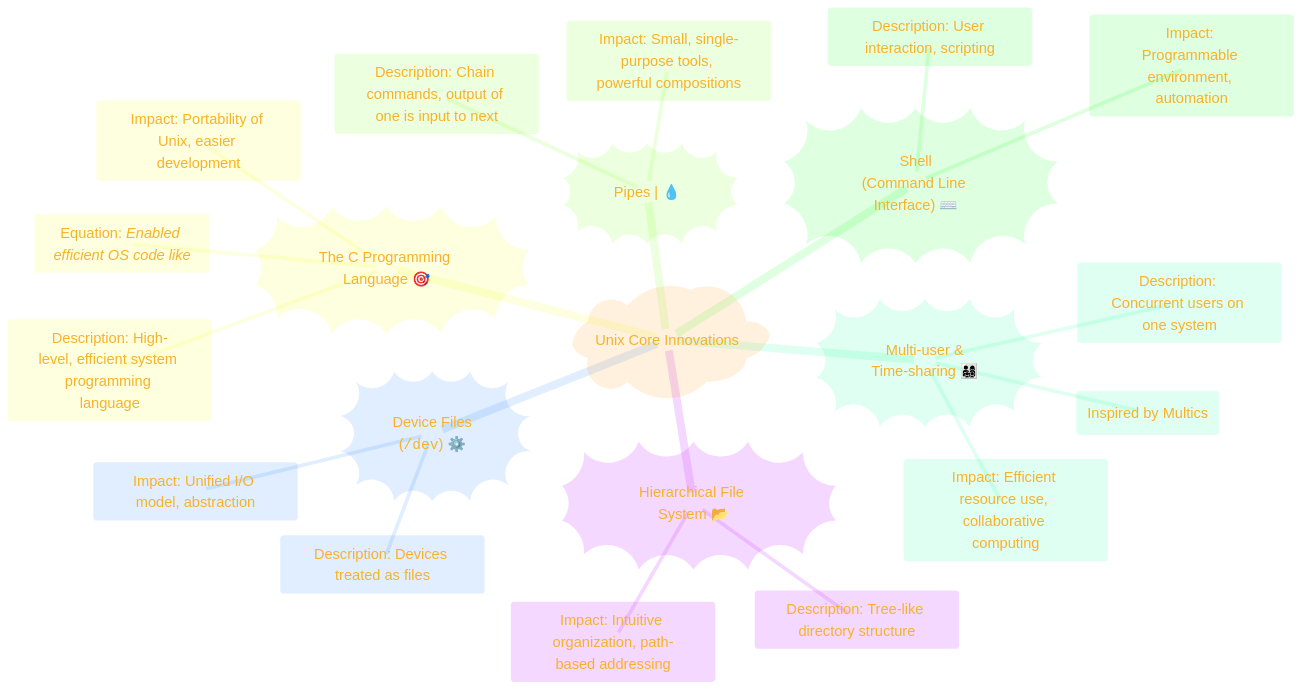
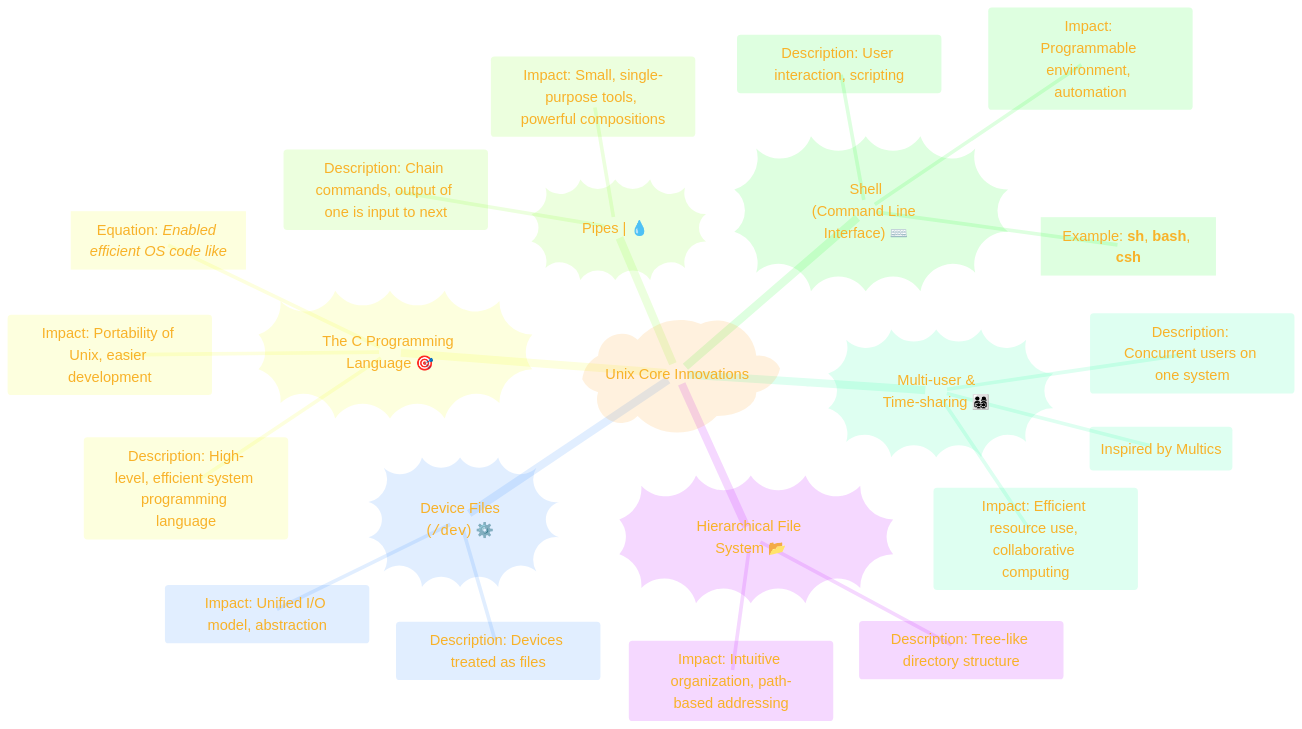
One commit to CongLeSolutionX/Digital-Bedrock-Landscape changed the third of 7 diagrams in THE_PAST/PART-4_Consolidated_info.md. Above: the diagram before and after it, drawn with Mermaid.

````diff
--- a/THE_PAST/PART-4_Consolidated_info.md
+++ b/THE_PAST/PART-4_Consolidated_info.md
@@ -205,63 +205,63 @@
 ```mermaid
 ---
 title: "Core Unix Innovations & Their Significance"
 author: "Cong Le"
 version: "1.0"
 license(s): "MIT, CC BY 4.0"
 copyright: "Copyright (c) 2025 Cong Le. All Rights Reserved."
 config:
   theme: base
 ---
 %%%%%%%% Mermaid version v11.4.1-b.14
 %%{
   init: {
     'fontFamily': 'American Typewriter',
     'mindmap': {
 	    'nodeAlign': 'center',
 	    'padding': 20
     },
     'themeVariables': {
       'primaryColor': '#FC82',
       'primaryTextColor': '#F8B229',
       'primaryBorderColor': '#27AE60',
       'secondaryColor': '#EBF3',
       'secondaryTextColor': '#6C3483',
       'secondaryBorderColor': '#A569BD',
       'fontSize': '20px'
     }
   }
 }%%
 mindmap
   root)"Unix Core Innovations"(
     Hierarchical_File_System))"Hierarchical File System 📂"((
       ::icon(fa fa-folder-tree)
       Description: Tree-like directory structure
       Impact: Intuitive organization, path-based addressing
       %% Example["Example: **/usr/bin/grep**"]
     Device_Files))"Device Files<br/>(<code>/dev</code>) ⚙️"((
       ::icon(fa fa-cog)
       Description: Devices treated as files
       Impact: Unified I/O model, abstraction
-      %% Example["Example: **cat /dev/random > /dev/null**"]
+      %% Example["Example: `cat /dev/random > /dev/null` "]
     The_C_Programming_Language))"The C Programming Language 🎯"((
       ::icon(fa fa-bullseye)
       Description: High-level, efficient system programming language
       Impact: Portability of Unix, easier development
       Equation["Equation: *Enabled efficient OS code like*"]
       %% Example["**while ((c = getchar()) != EOF)**"]
     Pipes))"Pipes <char>|</char> 💧"((
       ::icon(fa fa-water)
       Description: Chain commands, output of one is input to next
       Impact: Small, single-purpose tools, powerful compositions
       %% Example["Example:<br/> **ls -l | grep ".txt" | wc -l**"]
     Shell))"Shell<br/>(Command Line Interface) ⌨️"((
       ::icon(fa fa-keyboard)
       Description: User interaction, scripting
       Impact: Programmable environment, automation
-      %% Example["Example:<br/> **sh**, **bash**, **csh**"]
+      Example["Example: **sh**, **bash**, **csh**"]
     Multi_user_and_Time_sharing))"Multi-user & <br/> Time-sharing 👨‍👩‍👧‍👦"((
       ::icon(fa fa-users)
       Description: Concurrent users on one system
       Impact: Efficient resource use, collaborative computing
       (Inspired by Multics)
 ```
````
